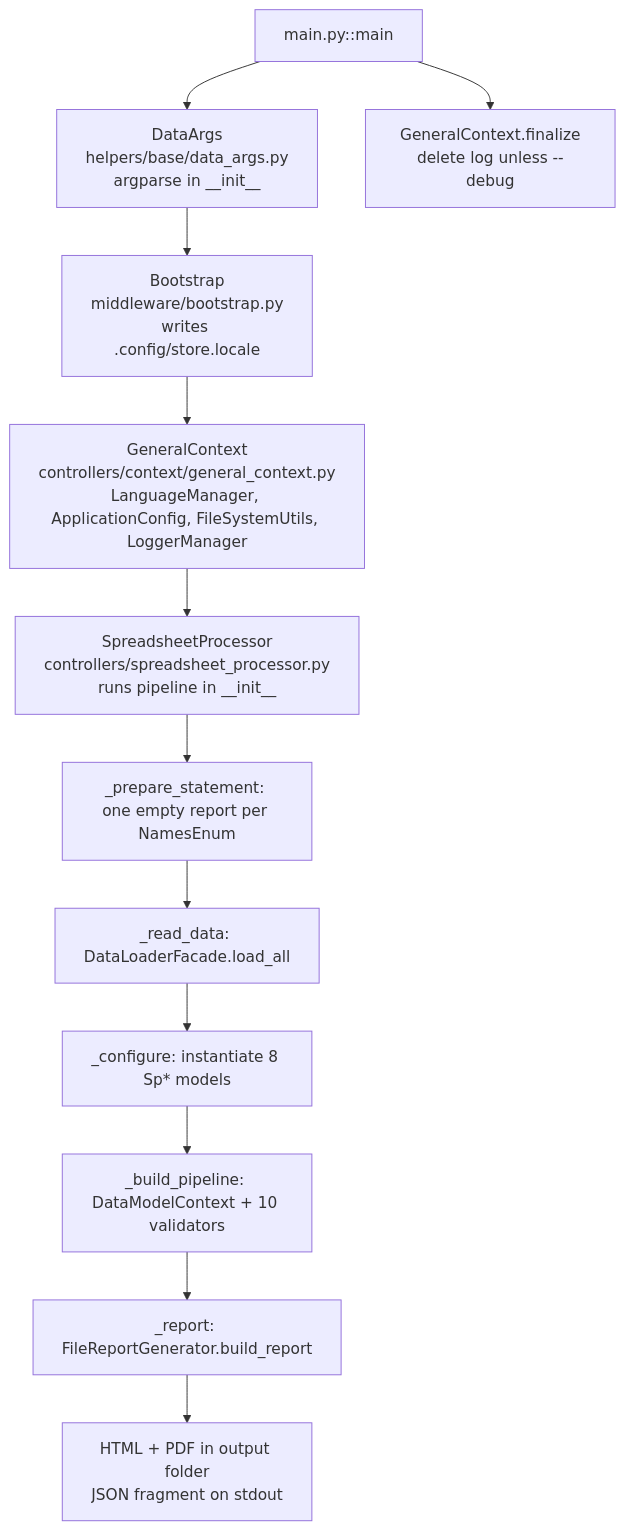
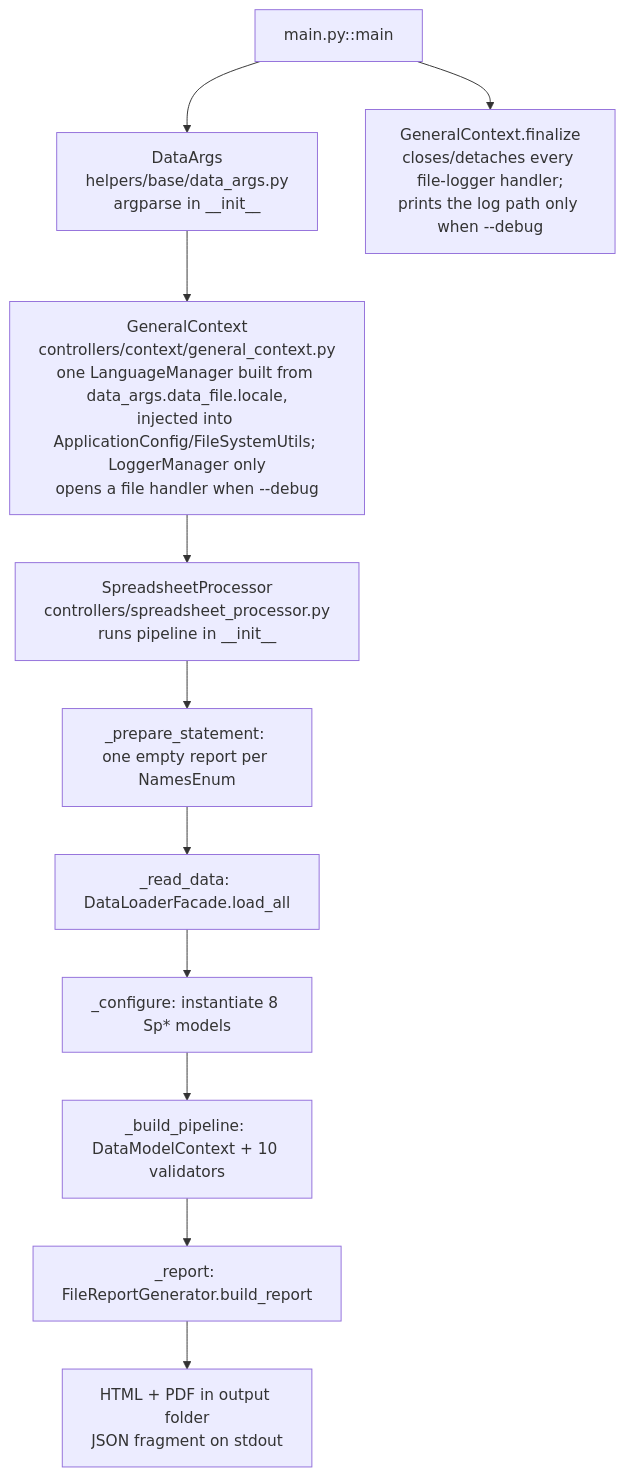
The first of 2 diagrams in .specs/architecture/current-architecture.md (MarioCarvalhoBr/data_validate), drawn with Mermaid before and after one commit. The commit also changed other lines of this file and 10 other files, not shown here.

````diff
--- a/.specs/architecture/current-architecture.md
+++ b/.specs/architecture/current-architecture.md
@@ -8,14 +8,13 @@
 ```mermaid
 flowchart TD
   A[main.py::main] --> B[DataArgs<br/>helpers/base/data_args.py<br/>argparse in __init__]
-  B --> C[Bootstrap<br/>middleware/bootstrap.py<br/>writes .config/store.locale]
-  C --> D[GeneralContext<br/>controllers/context/general_context.py<br/>LanguageManager, ApplicationConfig, FileSystemUtils, LoggerManager]
+  B --> D[GeneralContext<br/>controllers/context/general_context.py<br/>one LanguageManager built from data_args.data_file.locale,<br/>injected into ApplicationConfig/FileSystemUtils; LoggerManager only<br/>opens a file handler when --debug]
   D --> E[SpreadsheetProcessor<br/>controllers/spreadsheet_processor.py<br/>runs pipeline in __init__]
   E --> E1[_prepare_statement: one empty report per NamesEnum]
   E1 --> E2[_read_data: DataLoaderFacade.load_all]
   E2 --> E3[_configure: instantiate 8 Sp* models]
   E3 --> E4[_build_pipeline: DataModelContext + 10 validators]
   E4 --> E5[_report: FileReportGenerator.build_report]
   E5 --> F[HTML + PDF in output folder<br/>JSON fragment on stdout]
-  A --> G[GeneralContext.finalize<br/>delete log unless --debug]
+  A --> G[GeneralContext.finalize<br/>closes/detaches every file-logger handler;<br/>prints the log path only when --debug]
 ```
````
